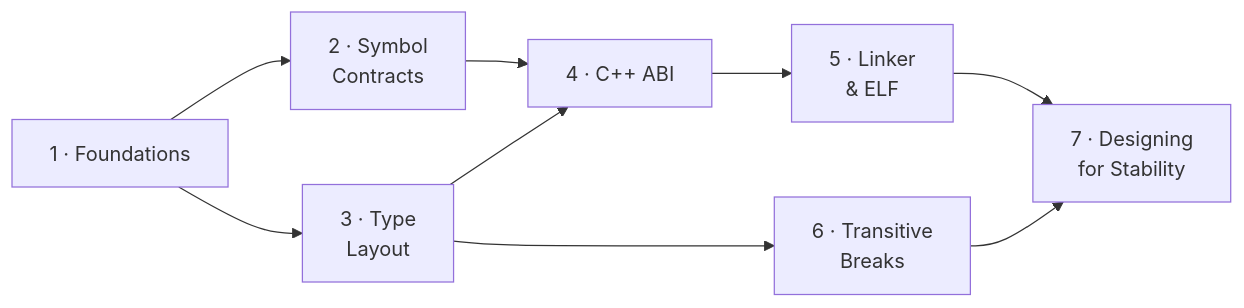
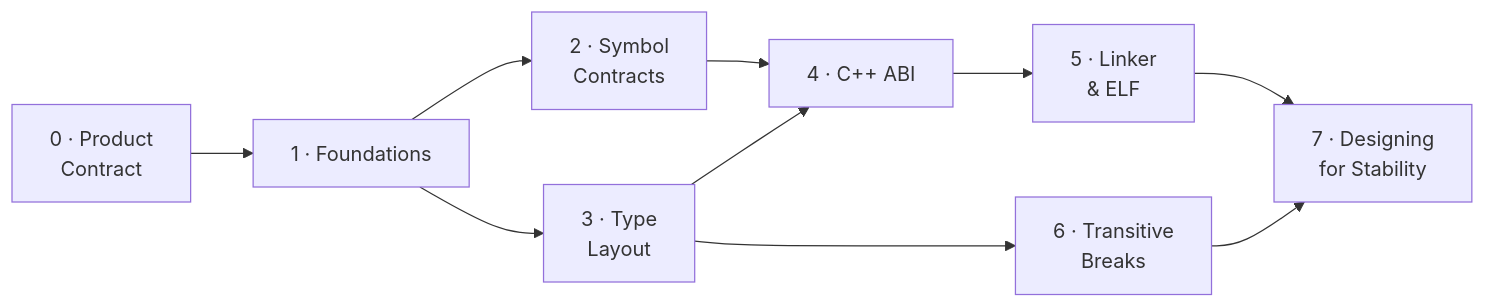
One commit to napetrov/abicheck changed the diagram in docs/concepts/abi-api-handling.md. Above: the diagram before and after it, drawn with Mermaid. The commit also changed other lines of this file and 10 other files, not shown here.

First line of the commit message:
docs: add product-contract framing + evidence/detectability to the published site

````diff
--- a/docs/concepts/abi-api-handling.md
+++ b/docs/concepts/abi-api-handling.md
@@ -58,11 +59,12 @@
 ```mermaid
 flowchart LR
-    P1["1 · Foundations"] --> P2["2 · Symbol<br/>Contracts"]
+    P0["0 · Product<br/>Contract"] --> P1["1 · Foundations"]
+    P1 --> P2["2 · Symbol<br/>Contracts"]
     P1 --> P3["3 · Type<br/>Layout"]
     P2 --> P4["4 · C++ ABI"]
     P3 --> P4
     P4 --> P5["5 · Linker<br/>& ELF"]
     P3 --> P6["6 · Transitive<br/>Breaks"]
     P5 --> P7["7 · Designing<br/>for Stability"]
     P6 --> P7
 ```
````
